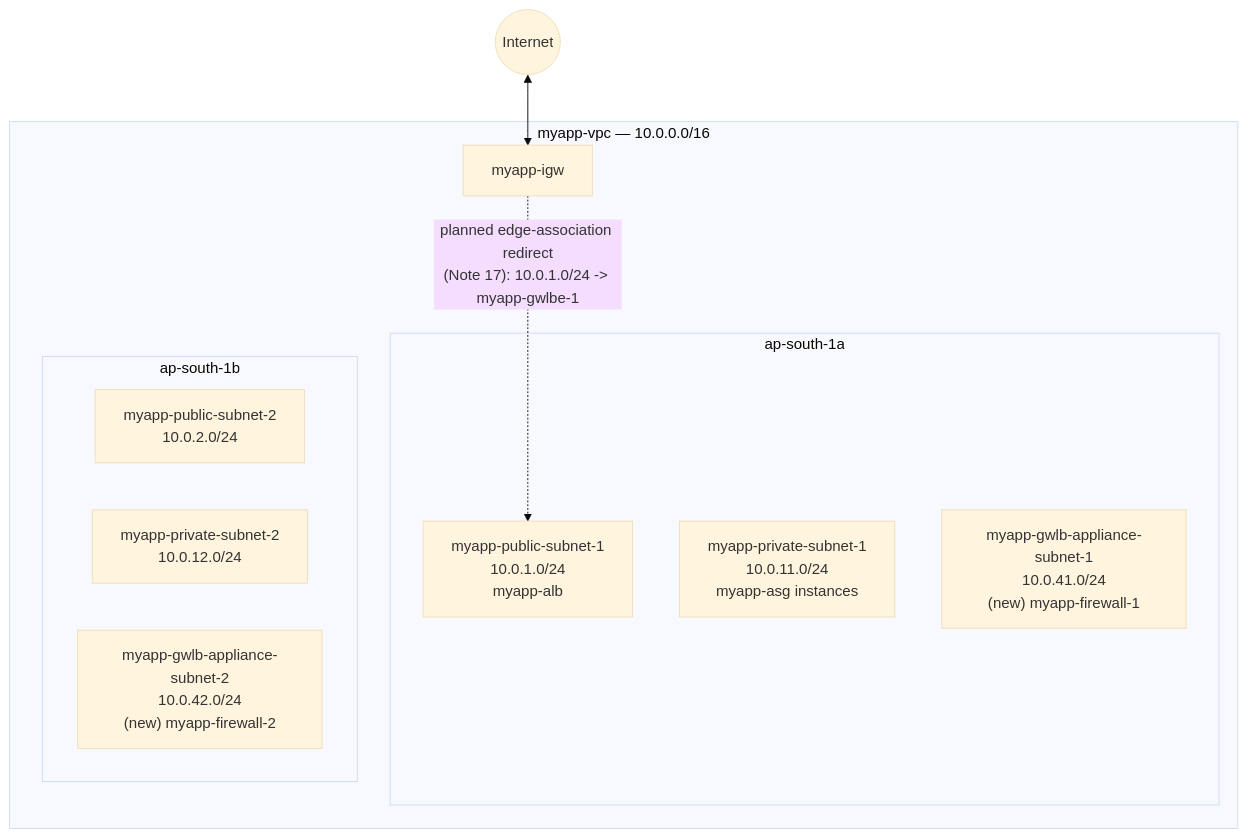
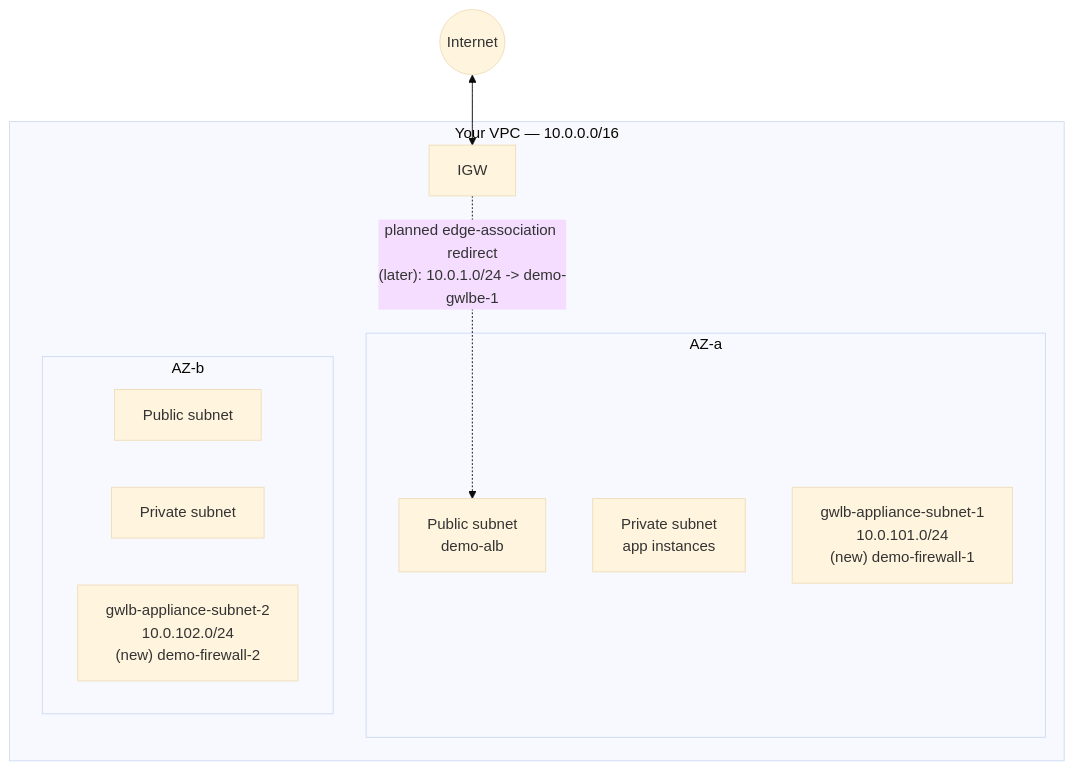
Before and after one commit to msdeepak052/AWS_Imp_Concepts: the diagram in EC2/LoadBalancer/14-VPC-Ingress-Routing-for-GWLB-HandsOn.md, drawn with Mermaid (base theme). The commit also changed other lines of this file and 66 other files, not shown here.

````diff
--- a/EC2/LoadBalancer/14-VPC-Ingress-Routing-for-GWLB-HandsOn.md
+++ b/EC2/LoadBalancer/14-VPC-Ingress-Routing-for-GWLB-HandsOn.md
@@ -85,20 +83,20 @@
 ```mermaid
 flowchart TD
-    INTERNET(("Internet")) <--> IGW["myapp-igw"]
+    INTERNET(("Internet")) <--> IGW["IGW"]
 
-    subgraph VPC["myapp-vpc — 10.0.0.0/16"]
-        subgraph AZ_A["ap-south-1a"]
-            PUB1["myapp-public-subnet-1<br/>10.0.1.0/24<br/>myapp-alb"]
-            PRIV1["myapp-private-subnet-1<br/>10.0.11.0/24<br/>myapp-asg instances"]
-            GWLB1["myapp-gwlb-appliance-subnet-1<br/>10.0.41.0/24<br/>(new) myapp-firewall-1"]
+    subgraph VPC["Your VPC — 10.0.0.0/16"]
+        subgraph AZ_A["AZ-a"]
+            PUB1["Public subnet<br/>demo-alb"]
+            PRIV1["Private subnet<br/>app instances"]
+            GWLB1["gwlb-appliance-subnet-1<br/>10.0.101.0/24<br/>(new) demo-firewall-1"]
         end
 
-        subgraph AZ_B["ap-south-1b"]
-            PUB2["myapp-public-subnet-2<br/>10.0.2.0/24"]
-            PRIV2["myapp-private-subnet-2<br/>10.0.12.0/24"]
-            GWLB2["myapp-gwlb-appliance-subnet-2<br/>10.0.42.0/24<br/>(new) myapp-firewall-2"]
+        subgraph AZ_B["AZ-b"]
+            PUB2["Public subnet"]
+            PRIV2["Private subnet"]
+            GWLB2["gwlb-appliance-subnet-2<br/>10.0.102.0/24<br/>(new) demo-firewall-2"]
         end
 
-        IGW -.->|"planned edge-association redirect<br/>(Note 17): 10.0.1.0/24 -> myapp-gwlbe-1"| PUB1
+        IGW -.->|"planned edge-association redirect<br/>(later): 10.0.1.0/24 -> demo-gwlbe-1"| PUB1
     end
 ```
````
